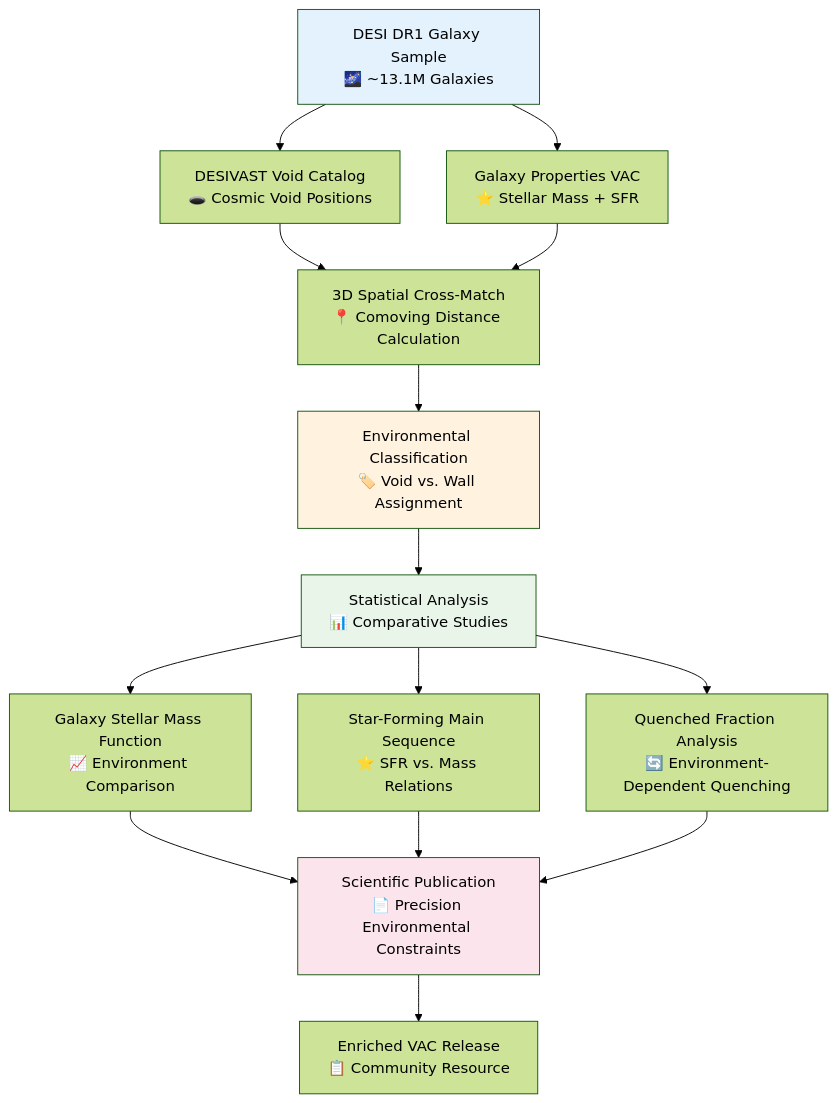
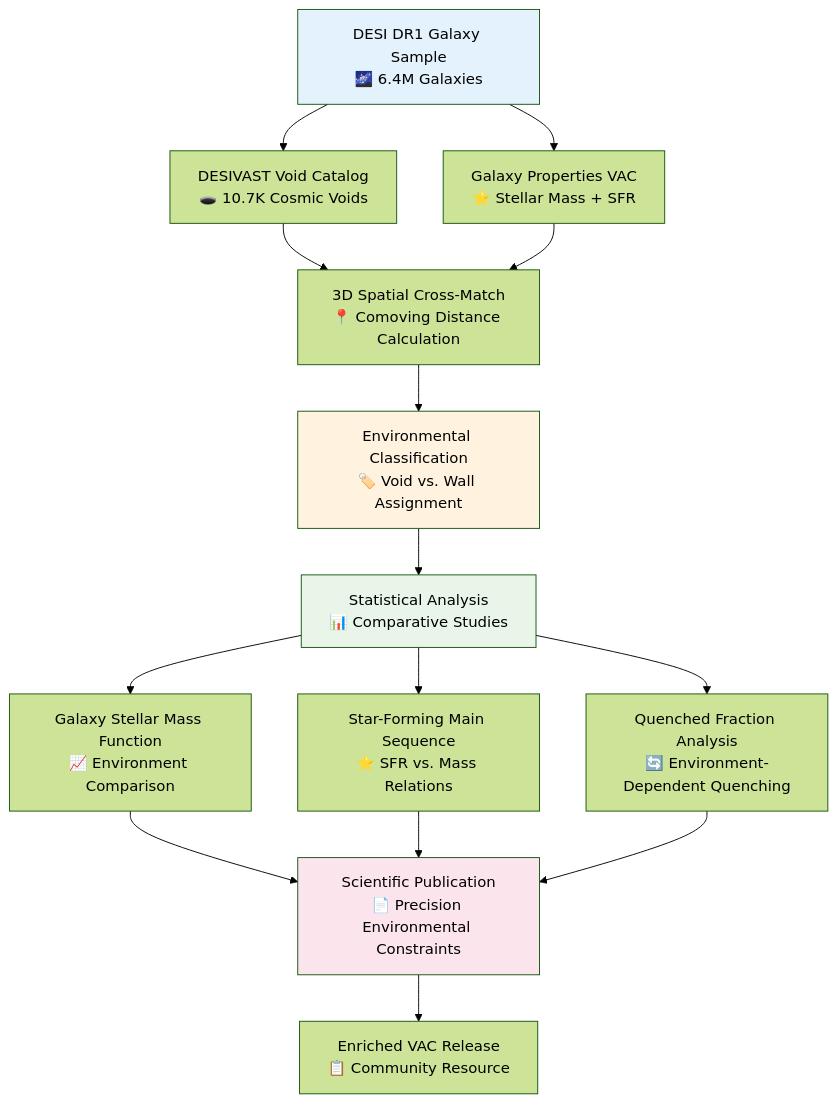
The diagram in README.md (Pxomox-Astronomy-Lab/desi-cosmic-void-galaxies), drawn with Mermaid (forest theme) before and after one commit. The commit also changed other lines of this file and 14 other files, not shown here.

````diff
--- a/README.md
+++ b/README.md
@@ -86,21 +86,21 @@
 ```mermaid
 graph TD
-    A[DESI DR1 Galaxy Sample<br/>🌌 ~13.1M Galaxies] --> B[DESIVAST Void Catalog<br/>🕳️ Cosmic Void Positions]
+    A[DESI DR1 Galaxy Sample<br/>🌌 6.4M Galaxies] --> B[DESIVAST Void Catalog<br/>🕳️ 10.7K Cosmic Voids]
     A --> C[Galaxy Properties VAC<br/>⭐ Stellar Mass + SFR]
     B --> D[3D Spatial Cross-Match<br/>📍 Comoving Distance Calculation]
     C --> D
     D --> E[Environmental Classification<br/>🏷️ Void vs. Wall Assignment]
     E --> F[Statistical Analysis<br/>📊 Comparative Studies]
     F --> G[Galaxy Stellar Mass Function<br/>📈 Environment Comparison]
     F --> H[Star-Forming Main Sequence<br/>⭐ SFR vs. Mass Relations]
     F --> I[Quenched Fraction Analysis<br/>🔄 Environment-Dependent Quenching]
     G --> J[Scientific Publication<br/>📄 Precision Environmental Constraints]
     H --> J
     I --> J
     J --> K[Enriched VAC Release<br/>📋 Community Resource]
     
     style A fill:#e3f2fd
     style E fill:#fff3e0
     style F fill:#e8f5e8
     style J fill:#fce4ec
 ```
````
